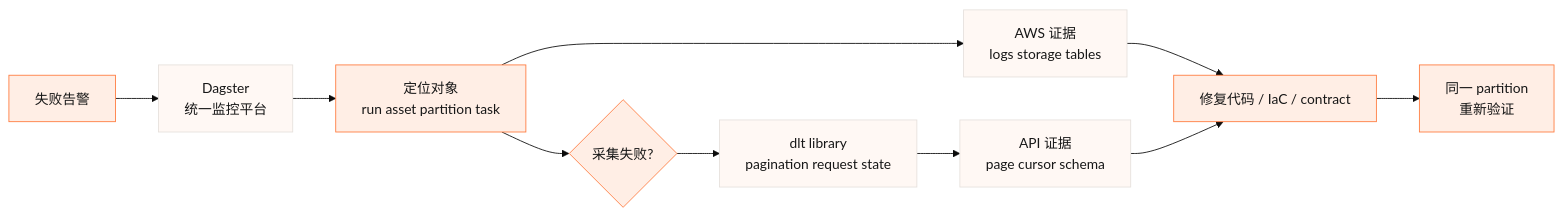
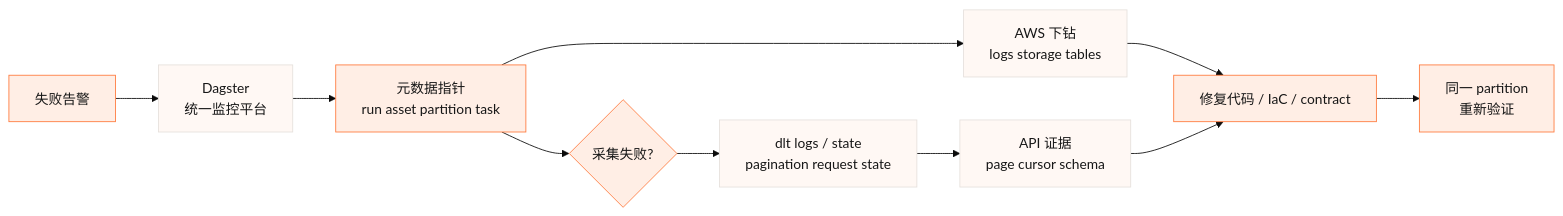
The diagram in reports/data-agent/diagrams/metadata-debug-path.mmd (tihaya-anon/reporting), drawn with Mermaid (base theme) before and after one commit. The commit also changed 19 other files, not shown here.

```diff
--- a/reports/data-agent/diagrams/metadata-debug-path.mmd
+++ b/reports/data-agent/diagrams/metadata-debug-path.mmd
@@ -1,14 +1,14 @@
 flowchart LR
   Fail["失败告警"] --> Dagster["Dagster<br/>统一监控平台"]
-  Dagster --> Locate["定位对象<br/>run asset partition task"]
-  Locate --> AWS["AWS 证据<br/>logs storage tables"]
+  Dagster --> Locate["元数据指针<br/>run asset partition task"]
+  Locate --> AWS["AWS 下钻<br/>logs storage tables"]
   Locate --> Ingest{"采集失败?"}
-  Ingest --> Dlt["dlt library<br/>pagination request state"]
+  Ingest --> Dlt["dlt logs / state<br/>pagination request state"]
   Dlt --> API["API 证据<br/>page cursor schema"]
   AWS --> Fix["修复代码 / IaC / contract"]
   API --> Fix
   Fix --> Retry["同一 partition<br/>重新验证"]
 
   classDef default fill:#FFEEE5,stroke:#FF7A3D,color:#171717,stroke-width:1px;
   classDef evidence fill:#FFF8F4,stroke:#E6E0DC,color:#171717,stroke-width:1px;
   class Dagster,Dlt,AWS,API evidence;
```
